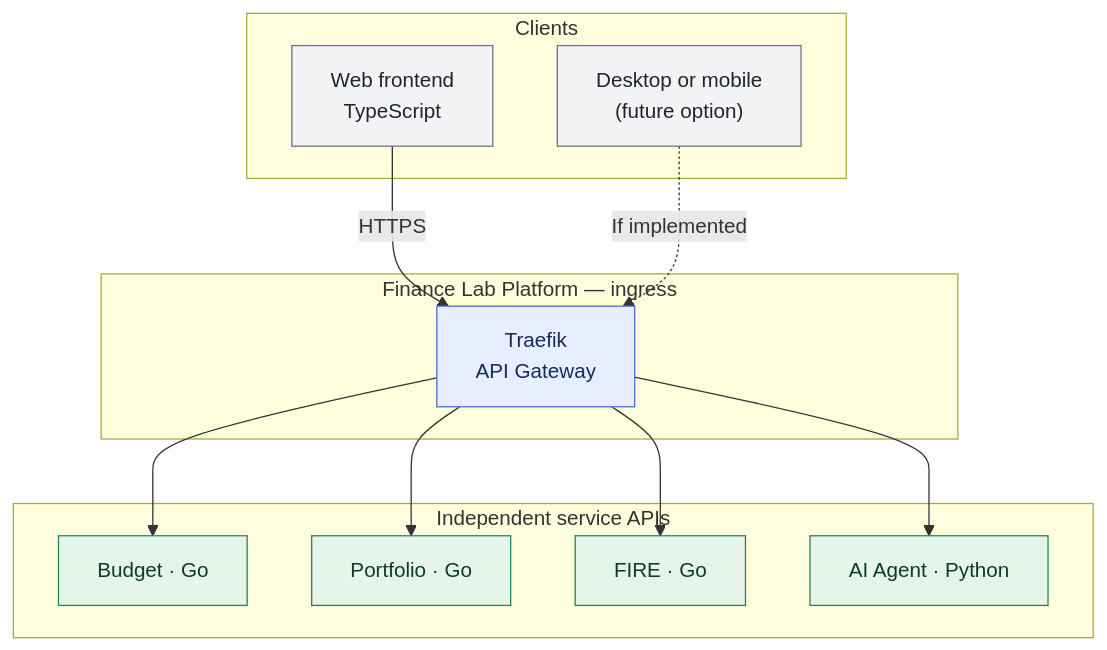
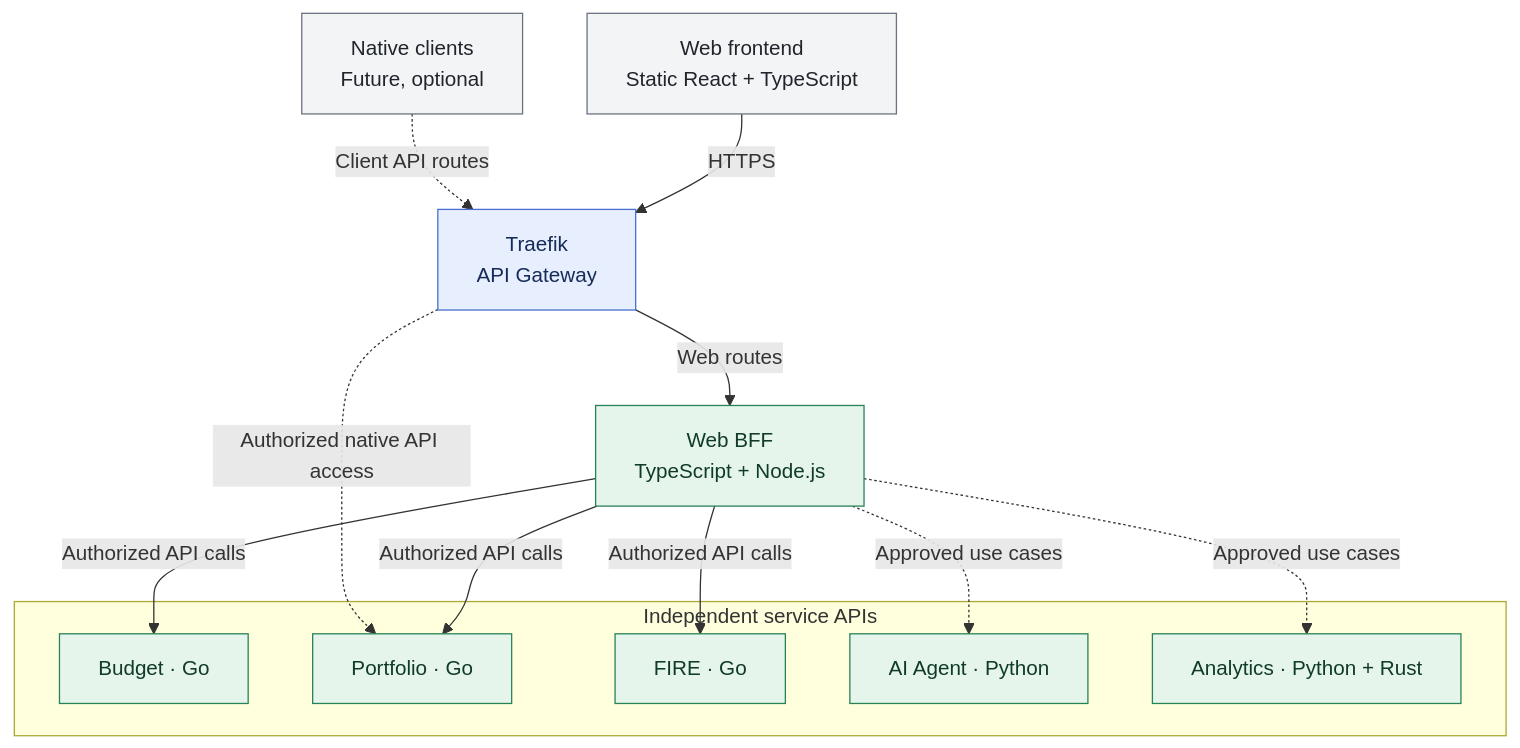
The diagram in docs/architecture/decisions/0002-traefik-api-gateway.md (anton415/finance-lab), drawn with Mermaid before and after one commit. The commit also changed other lines of this file and 4 other files, not shown here.

First line of the commit message:
docs(architecture): accept ADR-012 TypeScript Web BFF

````diff
--- a/docs/architecture/decisions/0002-traefik-api-gateway.md
+++ b/docs/architecture/decisions/0002-traefik-api-gateway.md
@@ -21,30 +21,32 @@
 ```mermaid
 flowchart TD
-    subgraph CLIENTS["Clients"]
-        WEB["Web frontend<br/>TypeScript"]
-        OTHER["Desktop or mobile<br/>(future option)"]
-    end
-    subgraph EDGE["Finance Lab Platform — ingress"]
-        G["Traefik<br/>API Gateway"]
-    end
+    WEB["Web frontend<br/>Static React + TypeScript"]
+    OTHER["Native clients<br/>Future, optional"]
+    G["Traefik<br/>API Gateway"]
+    BFF["Web BFF<br/>TypeScript + Node.js"]
+
     subgraph APIS["Independent service APIs"]
         B["Budget · Go"]
         P["Portfolio · Go"]
         F["FIRE · Go"]
         A["AI Agent · Python"]
+        AN["Analytics · Python + Rust"]
     end
 
     WEB -->|"HTTPS"| G
-    OTHER -.->|"If implemented"| G
-    G --> B
-    G --> P
-    G --> F
-    G --> A
+    G -->|"Web routes"| BFF
+    BFF -->|"Authorized API calls"| B
+    BFF -->|"Authorized API calls"| P
+    BFF -->|"Authorized API calls"| F
+    BFF -.->|"Approved use cases"| A
+    BFF -.->|"Approved use cases"| AN
+    OTHER -.->|"Client API routes"| G
+    G -.->|"Authorized native API access"| P
 
     classDef client fill:#F3F4F6,stroke:#6B7280,color:#20252C;
     classDef ingress fill:#E7EFFF,stroke:#466FD1,color:#162B58;
     classDef service fill:#E5F5EC,stroke:#278254,color:#103B26;
     class WEB,OTHER client;
     class G ingress;
-    class B,P,F,A service;
+    class BFF,B,P,F,A,AN service;
 ```
````
